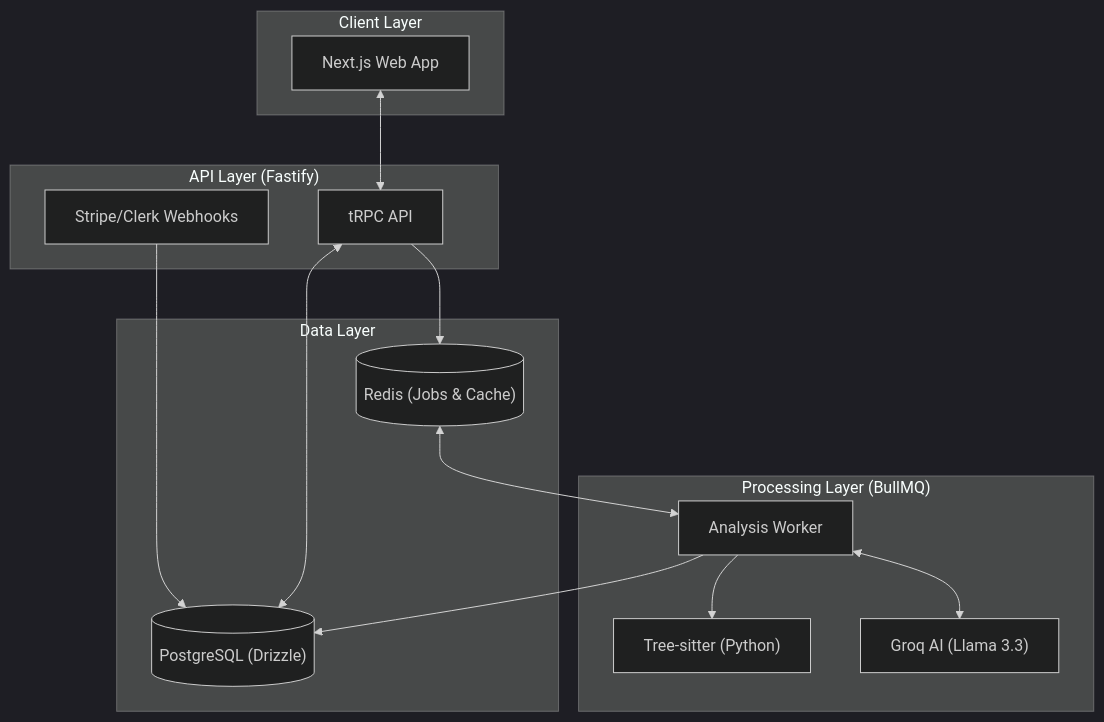
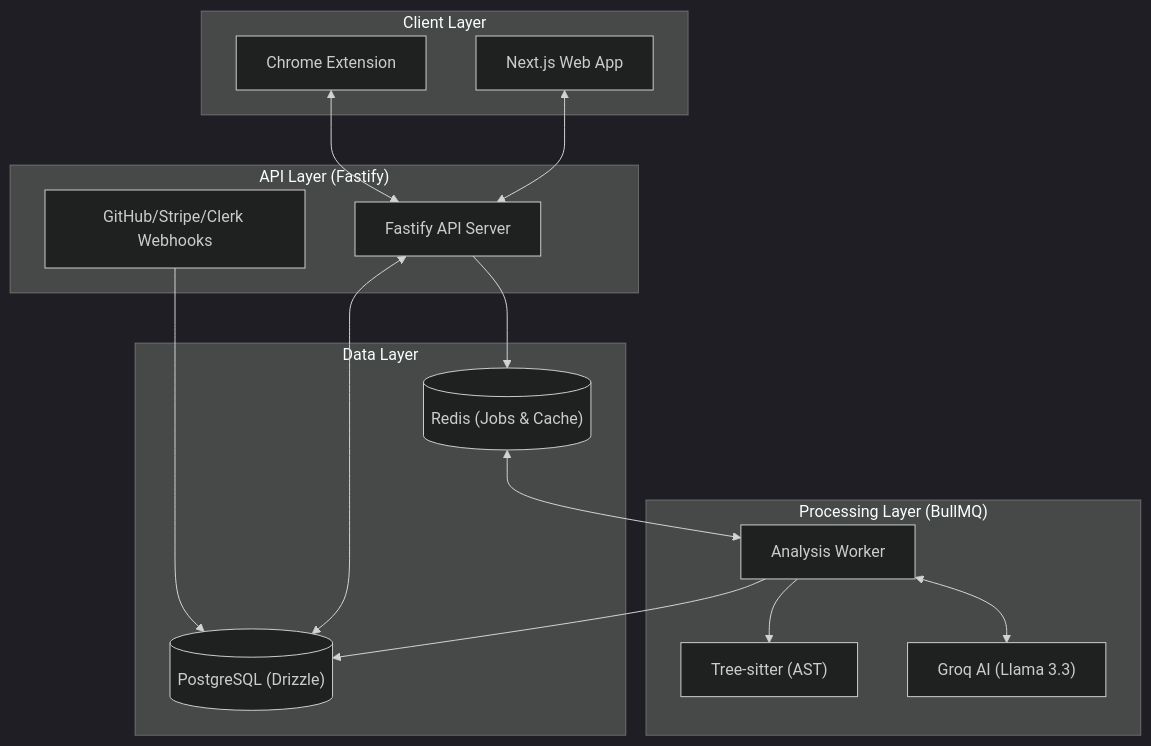
The diagram in README.md (vrajmevawala/OceanLab_26058), drawn with Mermaid (dark theme) before and after one commit. The commit also changed other lines of this file, not shown here.

````diff
--- a/README.md
+++ b/README.md
@@ -28,31 +54,33 @@
 ```mermaid
 graph TD
     subgraph "Client Layer"
         Web["Next.js Web App"]
+        Ext["Chrome Extension"]
     end
 
     subgraph "API Layer (Fastify)"
-        TRPC["tRPC API"]
-        Webhooks["Stripe/Clerk Webhooks"]
+        API["Fastify API Server"]
+        Webhooks["GitHub/Stripe/Clerk Webhooks"]
     end
 
     subgraph "Processing Layer (BullMQ)"
         Worker["Analysis Worker"]
-        TS["Tree-sitter (Python)"]
+        Parser["Tree-sitter (AST)"]
         Groq["Groq AI (Llama 3.3)"]
     end
 
     subgraph "Data Layer"
         DB[("PostgreSQL (Drizzle)")]
         Redis[("Redis (Jobs & Cache)")]
     end
 
-    Web <--> TRPC
-    TRPC <--> DB
-    TRPC --> Redis
+    Web <--> API
+    Ext <--> API
+    API <--> DB
+    API --> Redis
     Redis <--> Worker
-    Worker --> TS
+    Worker --> Parser
     Worker <--> Groq
     Worker --> DB
     Webhooks --> DB
 ```
````
